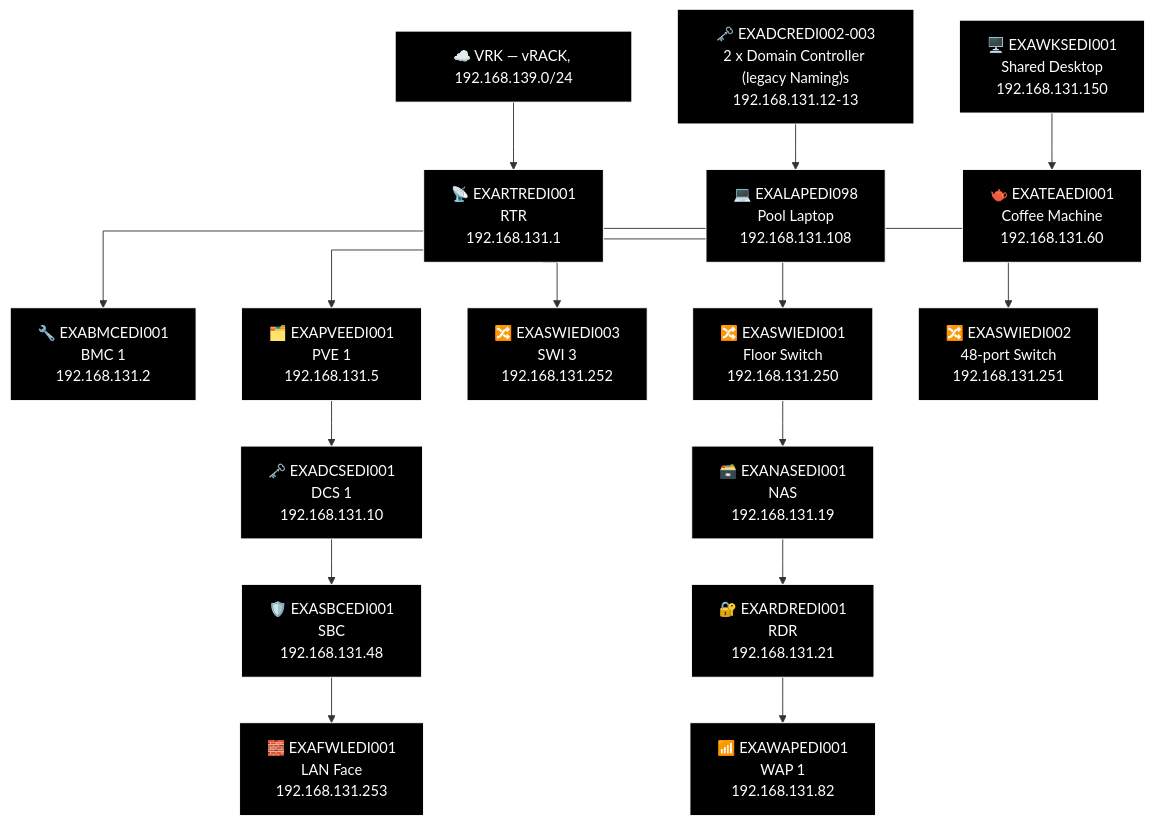
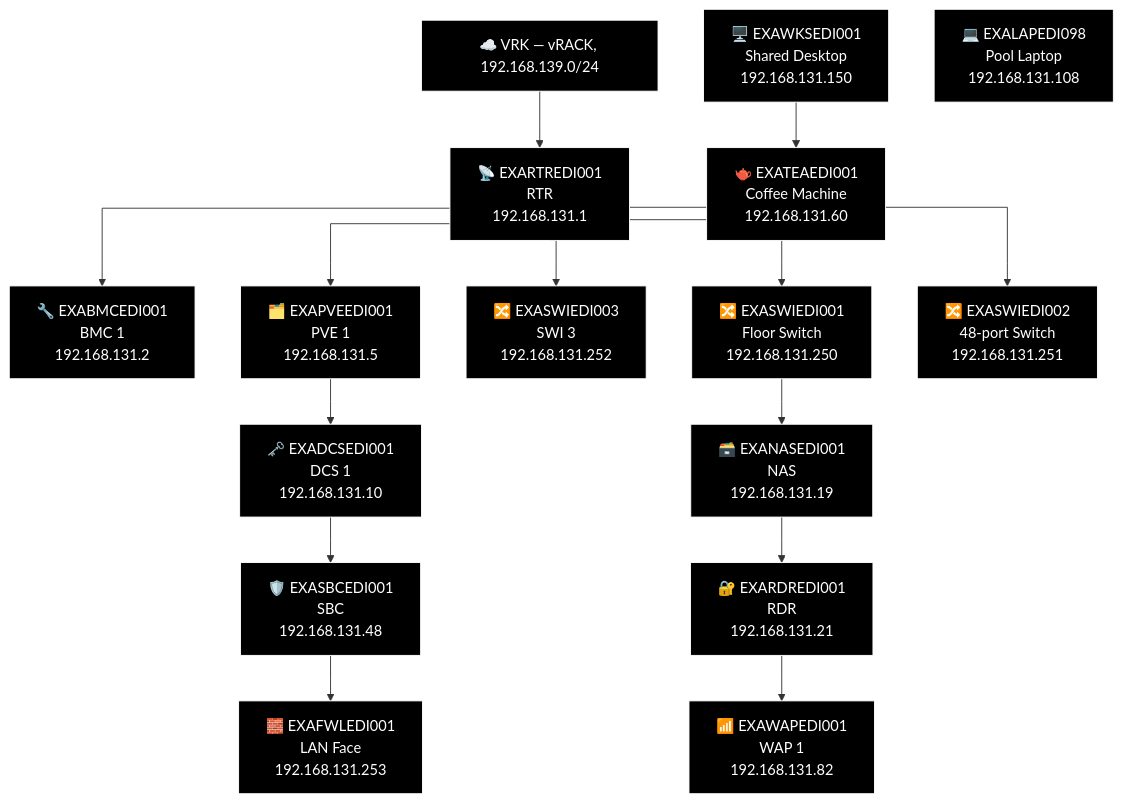
Before and after one commit to knightmare2600/example_music_infra: the fourth of 14 diagrams in docs/network-diagram/scotland.md, drawn with Mermaid. The commit also changed 2 other files, not shown here.

````diff
--- a/docs/network-diagram/scotland.md
+++ b/docs/network-diagram/scotland.md
@@ -237,50 +237,47 @@
 ```mermaid
 %% GENERATED:TOPOLOGY:EDI:START
 %%{init: {'flowchart': {'curve': 'stepAfter'}}}%%
 graph TD
     T_VRK["☁️ VRK — vRACK, 192.168.139.0/24"]
     T_RTR["📡 EXARTREDI001<br/>RTR<br/>192.168.131.1"]
     T_VRK --> T_RTR
     T_BMC["🔧 EXABMCEDI001<br/>BMC 1<br/>192.168.131.2"]
     T_RTR --> T_BMC
     T_PVE["🗂️ EXAPVEEDI001<br/>PVE 1<br/>192.168.131.5"]
     T_RTR --> T_PVE
     T_SWI["🔀 EXASWIEDI003<br/>SWI 3<br/>192.168.131.252"]
     T_RTR --> T_SWI
     T_SWI2["🔀 EXASWIEDI001<br/>Floor Switch<br/>192.168.131.250"]
     T_RTR --> T_SWI2
     T_SWI3["🔀 EXASWIEDI002<br/>48-port Switch<br/>192.168.131.251"]
     T_RTR --> T_SWI3
     T_NAS["🗃️ EXANASEDI001<br/>NAS<br/>192.168.131.19"]
     T_RDR["🔐 EXARDREDI001<br/>RDR<br/>192.168.131.21"]
     T_WAP["📶 EXAWAPEDI001<br/>WAP 1<br/>192.168.131.82"]
     T_SWI2 --> T_NAS --> T_RDR --> T_WAP
     T_DCS["🗝️ EXADCSEDI001<br/>DCS 1<br/>192.168.131.10"]
     T_SBC["🛡️ EXASBCEDI001<br/>SBC<br/>192.168.131.48"]
     T_FWL["🧱 EXAFWLEDI001<br/>LAN Face<br/>192.168.131.253"]
     T_PVE --> T_DCS --> T_SBC --> T_FWL
-    T_OTH_DCR["🗝️ EXADCREDI002-003<br/>2 x Domain Controller (legacy Naming)s<br/>192.168.131.12-13"]
     T_WKS["🖥️ EXAWKSEDI001<br/>Shared Desktop<br/>192.168.131.150"]
     T_LAP["💻 EXALAPEDI098<br/>Pool Laptop<br/>192.168.131.108"]
     T_TEA["🫖 EXATEAEDI001<br/>Coffee Machine<br/>192.168.131.60"]
-    T_OTH_DCR --> T_LAP
     T_WKS --> T_TEA
     style T_VRK fill:#000000,stroke:#FFFFFF,color:#FFFFFF
     style T_RTR fill:#000000,stroke:#FFFFFF,color:#FFFFFF
     style T_BMC fill:#000000,stroke:#FFFFFF,color:#FFFFFF
     style T_PVE fill:#000000,stroke:#FFFFFF,color:#FFFFFF
     style T_SWI fill:#000000,stroke:#FFFFFF,color:#FFFFFF
     style T_SWI2 fill:#000000,stroke:#FFFFFF,color:#FFFFFF
     style T_SWI3 fill:#000000,stroke:#FFFFFF,color:#FFFFFF
     style T_NAS fill:#000000,stroke:#FFFFFF,color:#FFFFFF
     style T_RDR fill:#000000,stroke:#FFFFFF,color:#FFFFFF
     style T_WAP fill:#000000,stroke:#FFFFFF,color:#FFFFFF
     style T_DCS fill:#000000,stroke:#FFFFFF,color:#FFFFFF
     style T_SBC fill:#000000,stroke:#FFFFFF,color:#FFFFFF
     style T_FWL fill:#000000,stroke:#FFFFFF,color:#FFFFFF
-    style T_OTH_DCR fill:#000000,stroke:#FFFFFF,color:#FFFFFF
     style T_WKS fill:#000000,stroke:#FFFFFF,color:#FFFFFF
     style T_LAP fill:#000000,stroke:#FFFFFF,color:#FFFFFF
     style T_TEA fill:#000000,stroke:#FFFFFF,color:#FFFFFF
 %% GENERATED:TOPOLOGY:EDI:END
 ```
````
